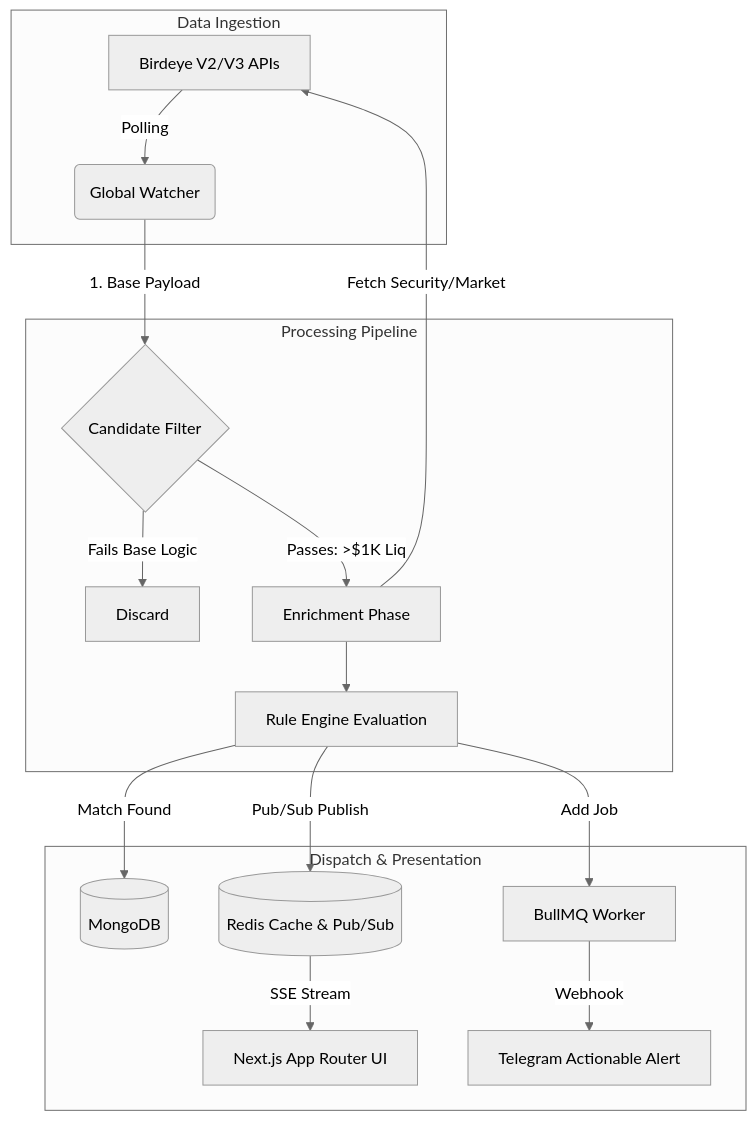
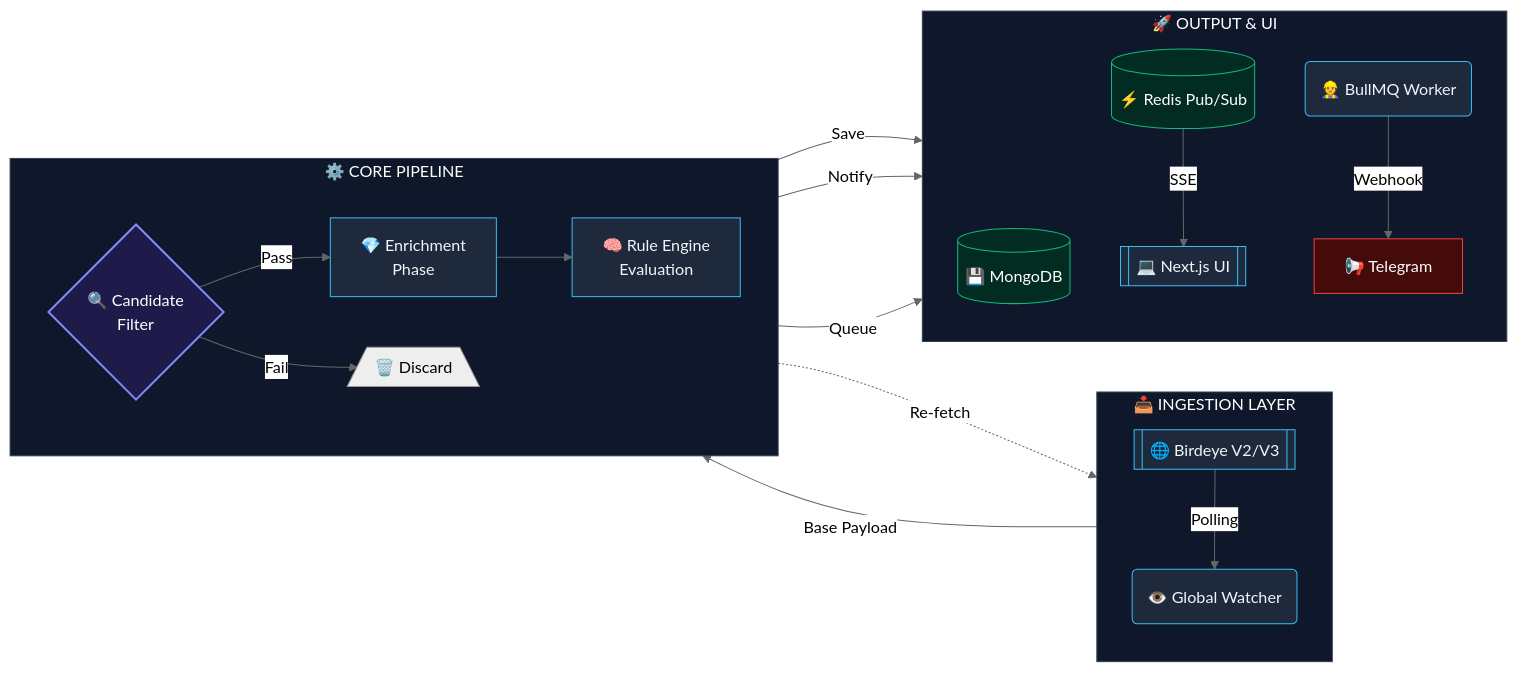
One commit to Erenen1/birdeye-catalyst changed the diagram in README.md. Above: the diagram before and after it, drawn with Mermaid (neutral theme). The commit also changed other lines of this file and 3 other files, not shown here.

Commit message:
fix(worker): handle unindexed tokens with Promise.allSettled and api fail-safes to prevent evaluation crashes

````diff
--- a/README.md
+++ b/README.md
@@ -50,22 +52,60 @@
 ```mermaid
-graph TD
-    subgraph Data Ingestion
-        A[Birdeye V2/V3 APIs] -->|Polling| B(Global Watcher)
-    end
-    
-    subgraph Processing Pipeline
-        B -->|1. Base Payload| C{Candidate Filter}
-        C -->|Fails Base Logic| Drop[Discard]
-        C -->|Passes: >$1K Liq| D[Enrichment Phase]
-        D -->|Fetch Security/Market| A
-        D --> E[Rule Engine Evaluation]
+graph LR
+    %% Konfigürasyon: Köşeleri yuvarla ve fontu düzelt
+    %% classDef default font-family:'Inter',sans-serif,font-size:13px;
+
+    subgraph Data_Ingestion ["📥 INGESTION LAYER"]
+        direction TB
+        A[["🌐 Birdeye V2/V3"]]
+        B("👁️ Global Watcher")
+        A -->|Polling| B
     end
 
-    subgraph Dispatch & Presentation
-        E -->|Match Found| F[(MongoDB)]
-        E -->|Pub/Sub Publish| G[(Redis Cache & Pub/Sub)]
-        E -->|Add Job| H[BullMQ Worker]
-        G -->|SSE Stream| I[Next.js App Router UI]
-        H -->|Webhook| J[Telegram Actionable Alert]
+    subgraph Processing_Pipeline ["⚙️ CORE PIPELINE"]
+        direction LR
+        C{"🔍 Candidate<br/>Filter"}
+        D["💎 Enrichment<br/>Phase"]
+        E["🧠 Rule Engine<br/>Evaluation"]
+        Drop[/"🗑️ Discard"\]
+
+        C -->|Pass| D
+        C -->|Fail| Drop
+        D --> E
     end
+
+    subgraph Dispatch_Presentation ["🚀 OUTPUT & UI"]
+        direction TB
+        F[("💾 MongoDB")]
+        G[("⚡ Redis Pub/Sub")]
+        H("👷 BullMQ Worker")
+        I[["💻 Next.js UI"]]
+        J["📢 Telegram"]
+
+        G -->|SSE| I
+        H -->|Webhook| J
+    end
+
+    %% Ana Akış Bağlantıları
+    B -->|Base Payload| C
+    E -->|Save| F
+    E -->|Notify| G
+    E -->|Queue| H
+    
+    %% Geri Dönüş Oku (Estetik olması için kesikli ve ince)
+    D -.->|Re-fetch| A
+
+    %% Renk ve Stil Tanımlamaları
+    style Data_Ingestion fill:#0f172a,stroke:#334155,color:#fff
+    style Processing_Pipeline fill:#0f172a,stroke:#334155,color:#fff
+    style Dispatch_Presentation fill:#0f172a,stroke:#334155,color:#fff
+
+    classDef tech fill:#1e293b,stroke:#38bdf8,stroke-width:1px,color:#f1f5f9;
+    classDef logic fill:#1e1b4b,stroke:#818cf8,stroke-width:2px,color:#fff;
+    classDef db fill:#022c22,stroke:#10b981,stroke-width:1px,color:#fff;
+    classDef alert fill:#450a0a,stroke:#ef4444,stroke-width:1px,color:#fff;
+
+    class A,B,D,E,H,I tech;
+    class C logic;
+    class F,G db;
+    class J alert;
 ```
````
